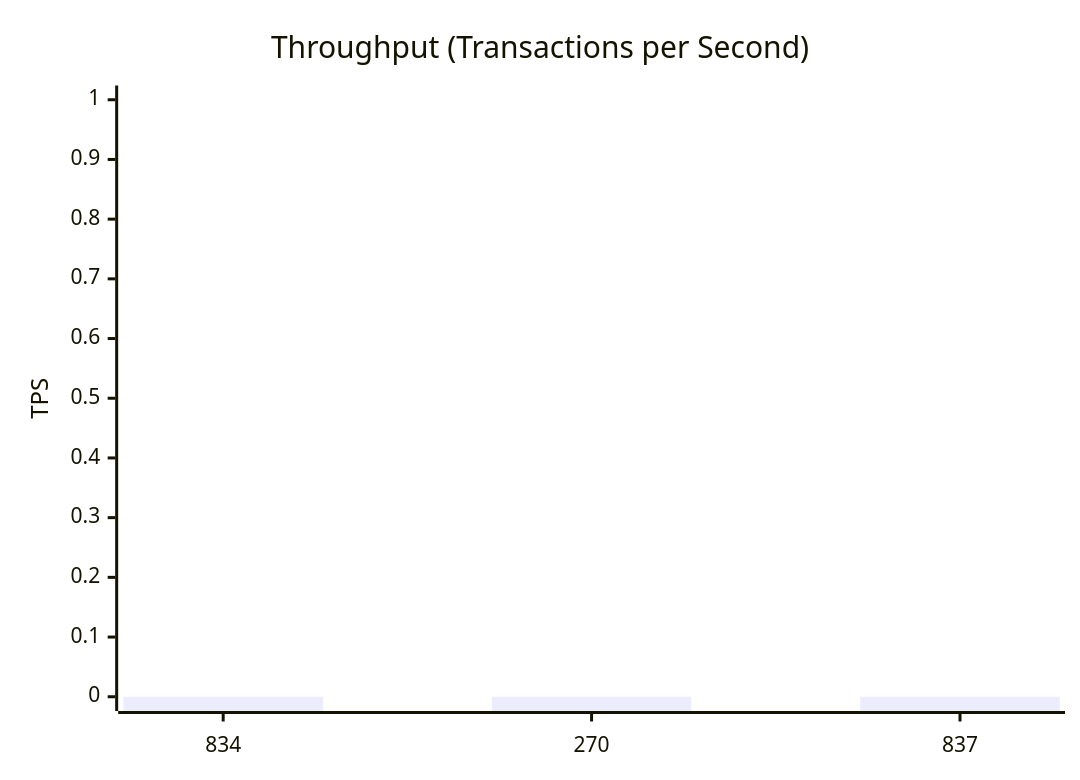
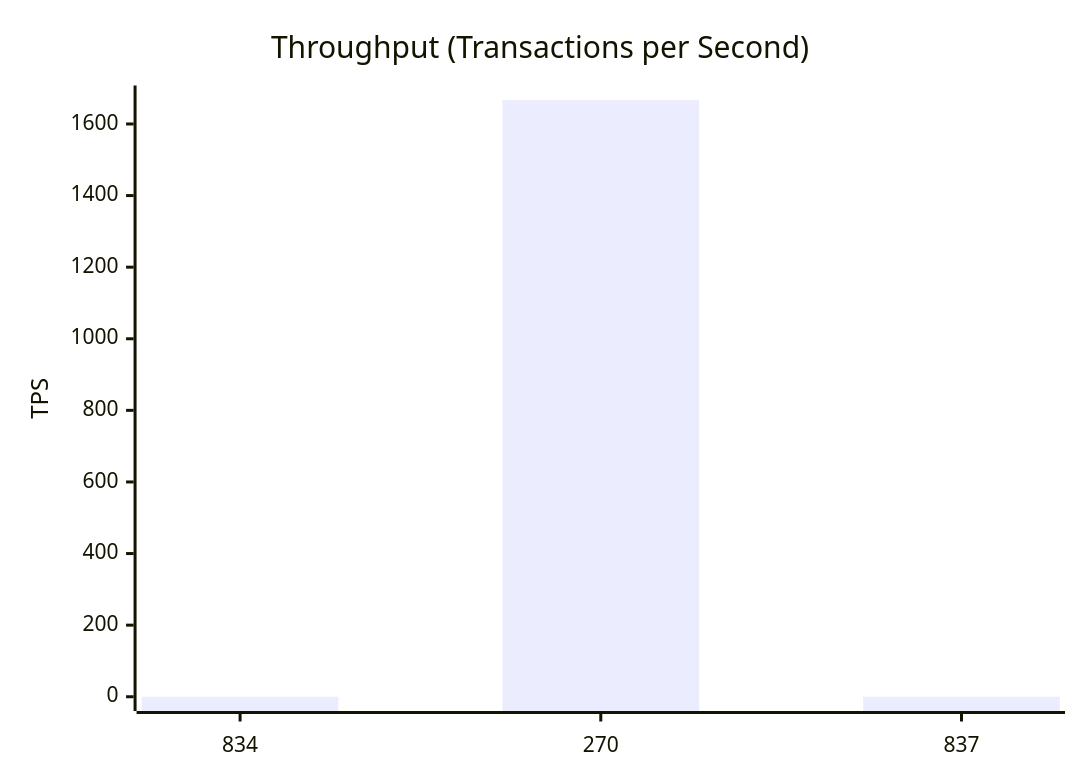
The second of 10 diagrams in test-tools/DataGen/src/Statistics_Visualizer.md (dhagan-va/intern-2025), drawn with Mermaid before and after one commit. The commit also changed other lines of this file and 5 other files, not shown here.

````diff
--- a/test-tools/DataGen/src/Statistics_Visualizer.md
+++ b/test-tools/DataGen/src/Statistics_Visualizer.md
@@ -28,7 +28,7 @@
 ```mermaid
 xychart-beta
     title "Throughput (Transactions per Second)"
     x-axis ["834", "270", "837"]
-    y-axis "TPS" 0 --> 1.0
-    bar [0.0, 0.0, 0.0]
+    y-axis "TPS" 0 --> 1667.6666666666667
+    bar [0.0, 1666.6666666666667, 0.0]
 ```
````
